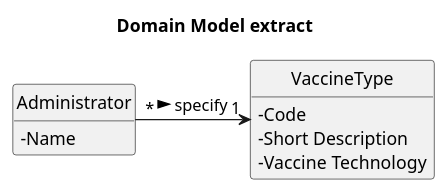
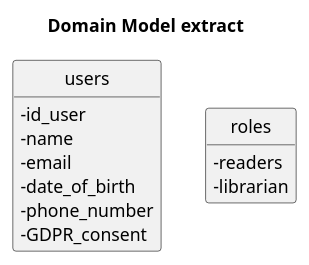
The diagram in docs/Phase_1/WP_3A/US014/US014-MD.puml (GODinho211/psoft-project-G2), drawn with PlantUML before and after one commit. The commit also changed 11 other files, not shown here.

Commit message:
Update the Workpackage 3 with the design namely Domain model extract sequence diagram ans system sequence diagram

```diff
--- a/docs/Phase_1/WP_3A/US014/US014-MD.puml
+++ b/docs/Phase_1/WP_3A/US014/US014-MD.puml
@@ -1,22 +1,26 @@
 @startuml
 'https://plantuml.com/class-diagram
 hide circle
 skinparam classAttributeIconSize 0
 hide methods
 
 title Domain Model extract
 
-Class Administrator{
+class users {
 
--Name
+    - id_user
+    - name
+    - email
+    - date_of_birth
+    - phone_number
+    - GDPR_consent
+
 }
 
-Class VaccineType{
--Code
--Short Description
--Vaccine Technology
+class roles {
+
+    - readers
+    - librarian
+
 }
-
-Administrator"*"->"1"VaccineType:specify   >
-
 @enduml
```
